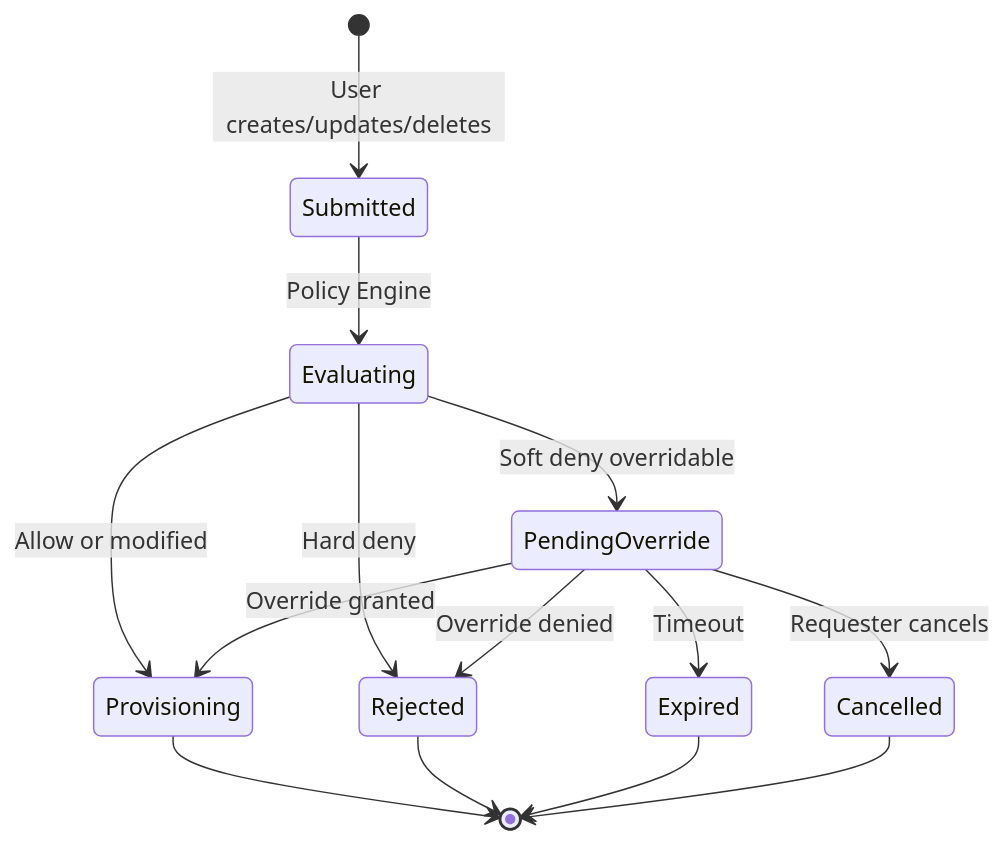
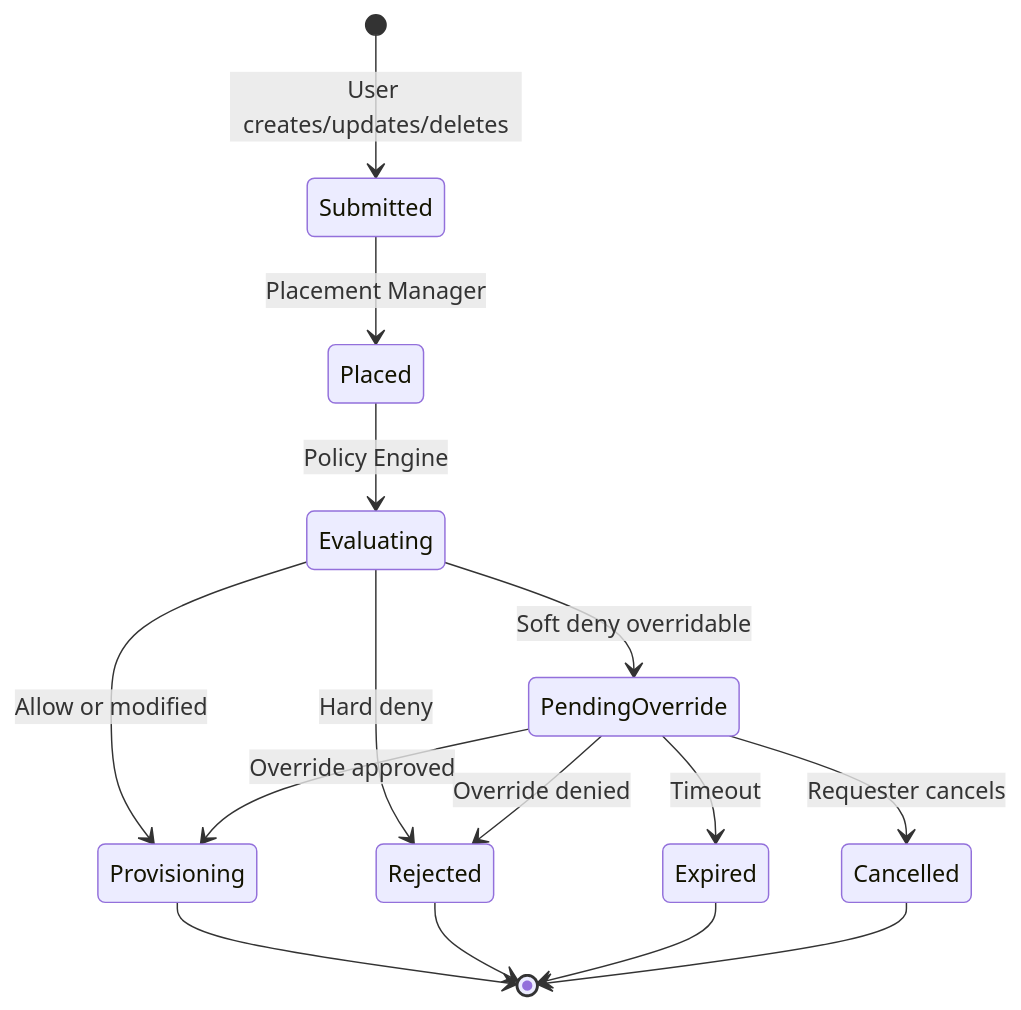
Before and after one commit to dcm-project/enhancements: the diagram in enhancements/request-approval/use-cases.md, drawn with Mermaid. The commit also changed other lines of this file, not shown here.

First line of the commit message:
Clarify soft/hard deny runs after placement

````diff
--- a/enhancements/request-approval/use-cases.md
+++ b/enhancements/request-approval/use-cases.md
@@ -20,16 +21,17 @@
 ```mermaid
 stateDiagram-v2
     [*] --> Submitted: User creates/updates/deletes
-    Submitted --> Evaluating: Policy Engine
+    Submitted --> Placed: Placement Manager
+    Placed --> Evaluating: Policy Engine
     Evaluating --> Provisioning: Allow or modified
     Evaluating --> Rejected: Hard deny
     Evaluating --> PendingOverride: Soft deny overridable
-    PendingOverride --> Provisioning: Override granted
+    PendingOverride --> Provisioning: Override approved
     PendingOverride --> Rejected: Override denied
     PendingOverride --> Expired: Timeout
     PendingOverride --> Cancelled: Requester cancels
     Provisioning --> [*]
     Rejected --> [*]
     Expired --> [*]
     Cancelled --> [*]
 ```
````
